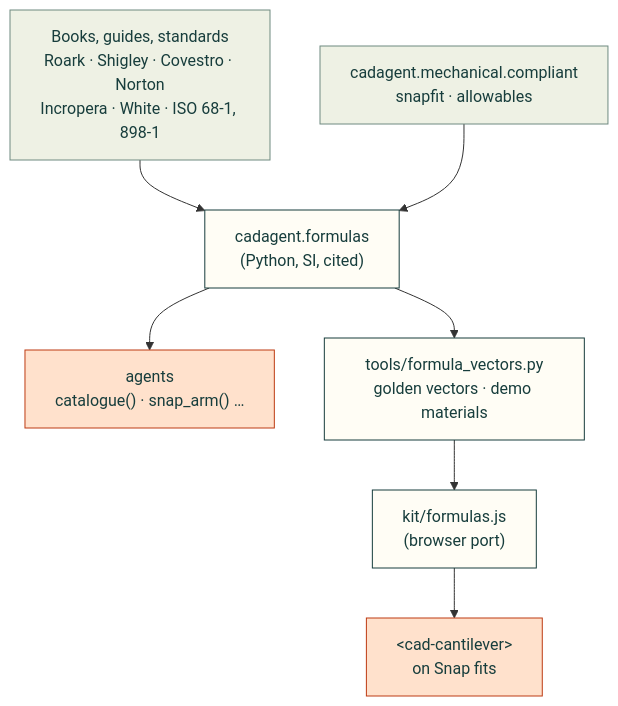
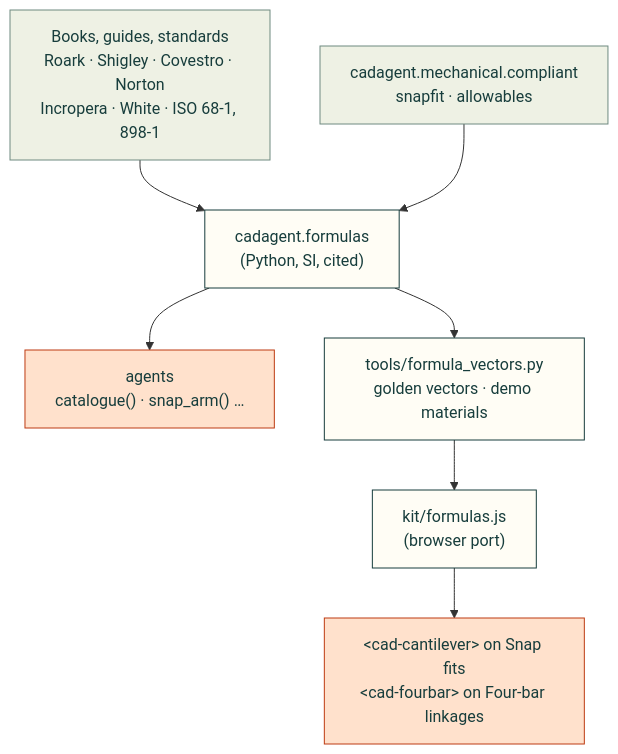
The diagram in docs/formulas.md (Valpatel/cad-agent), drawn with Mermaid before and after one commit. The commit also changed other lines of this file and 9 other files, not shown here.

First line of the commit message:
docs: a Four-bar linkages page with the animator, also on Engineering formulas (#159)

````diff
--- a/docs/formulas.md
+++ b/docs/formulas.md
@@ -65,15 +77,15 @@
 ```mermaid
 flowchart TD
     S["Books, guides, standards<br/>Roark · Shigley · Covestro · Norton<br/>Incropera · White · ISO 68-1, 898-1"] --> P["cadagent.formulas<br/>(Python, SI, cited)"]
     C["cadagent.mechanical.compliant<br/>snapfit · allowables"] --> P
     P --> A["agents<br/>catalogue() · snap_arm() …"]
     P --> V["tools/formula_vectors.py<br/>golden vectors · demo materials"]
     V --> J["kit/formulas.js<br/>(browser port)"]
-    J --> D["&lt;cad-cantilever&gt;<br/>on Snap fits"]
+    J --> D["&lt;cad-cantilever&gt; on Snap fits<br/>&lt;cad-fourbar&gt; on Four-bar linkages"]
     classDef here fill:#fffdf5,stroke:#173d3c,color:#173d3c
     classDef near fill:#eef1e4,stroke:#6f8a80,color:#173d3c
     classDef out fill:#ffe1cc,stroke:#bd3a12,color:#173d3c
     class P,V,J here
     class S,C near
     class A,D out
 ```
````
